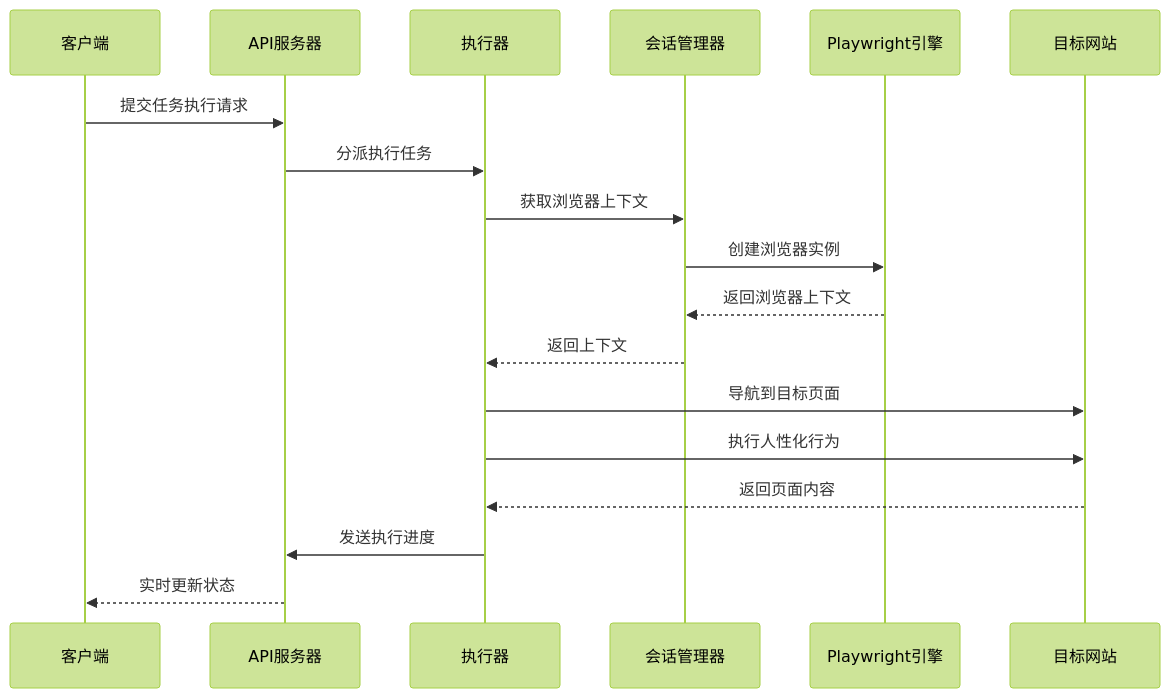
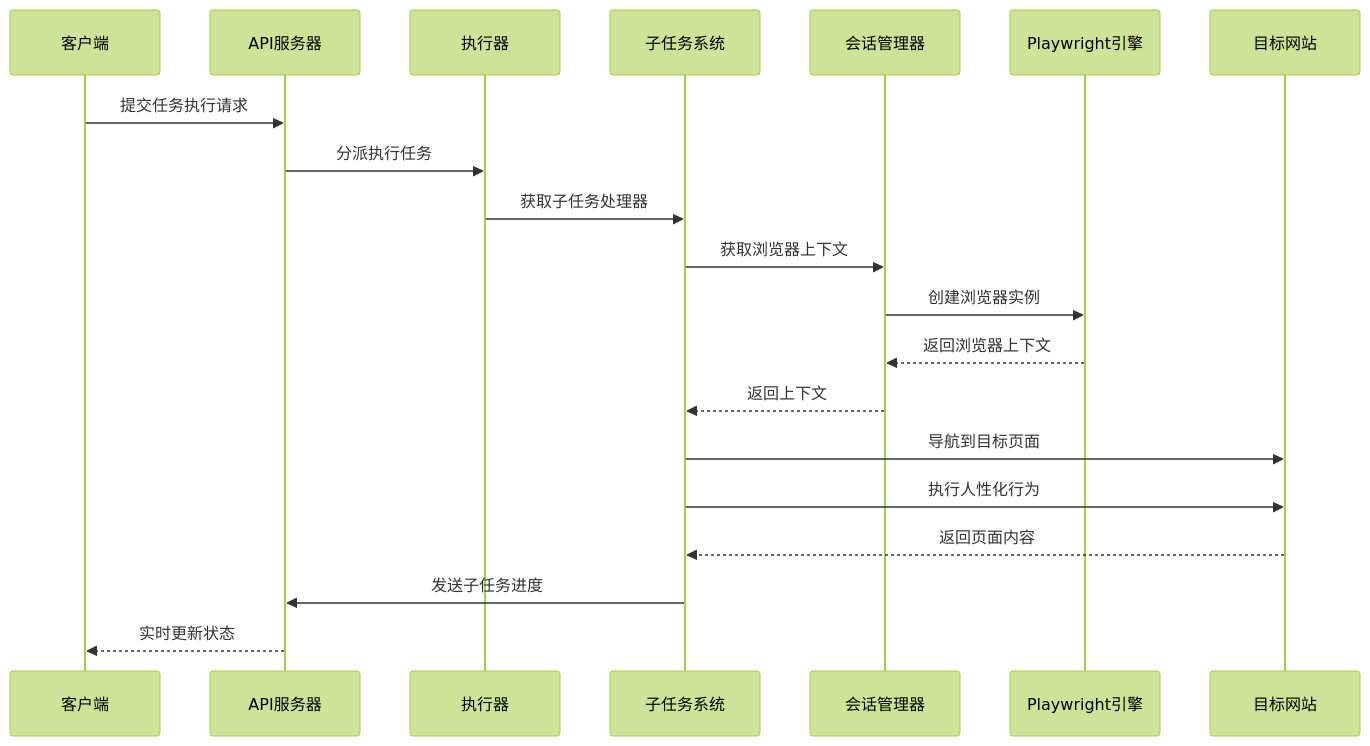
The second of 8 diagrams in .qoder/repowiki/zh/content/浏览器自动化/人性化行为模拟.md (onebody/ccclubs_AI_RPA), drawn with Mermaid (forest theme) before and after one commit. The commit also changed other lines of this file and 50 other files, not shown here.

````diff
--- a/.qoder/repowiki/zh/content/浏览器自动化/人性化行为模拟.md
+++ b/.qoder/repowiki/zh/content/浏览器自动化/人性化行为模拟.md
@@ -115,20 +147,22 @@
 ```mermaid
 sequenceDiagram
 participant Client as 客户端
 participant API as API服务器
 participant Exec as 执行器
+participant SubTask as 子任务系统
 participant SM as 会话管理器
 participant PW as Playwright引擎
 participant Site as 目标网站
 Client->>API : 提交任务执行请求
 API->>Exec : 分派执行任务
-Exec->>SM : 获取浏览器上下文
+Exec->>SubTask : 获取子任务处理器
+SubTask->>SM : 获取浏览器上下文
 SM->>PW : 创建浏览器实例
 PW-->>SM : 返回浏览器上下文
-SM-->>Exec : 返回上下文
-Exec->>Site : 导航到目标页面
-Exec->>Site : 执行人性化行为
-Site-->>Exec : 返回页面内容
-Exec->>API : 发送执行进度
+SM-->>SubTask : 返回上下文
+SubTask->>Site : 导航到目标页面
+SubTask->>Site : 执行人性化行为
+Site-->>SubTask : 返回页面内容
+SubTask->>API : 发送子任务进度
 API-->>Client : 实时更新状态
 ```
````
